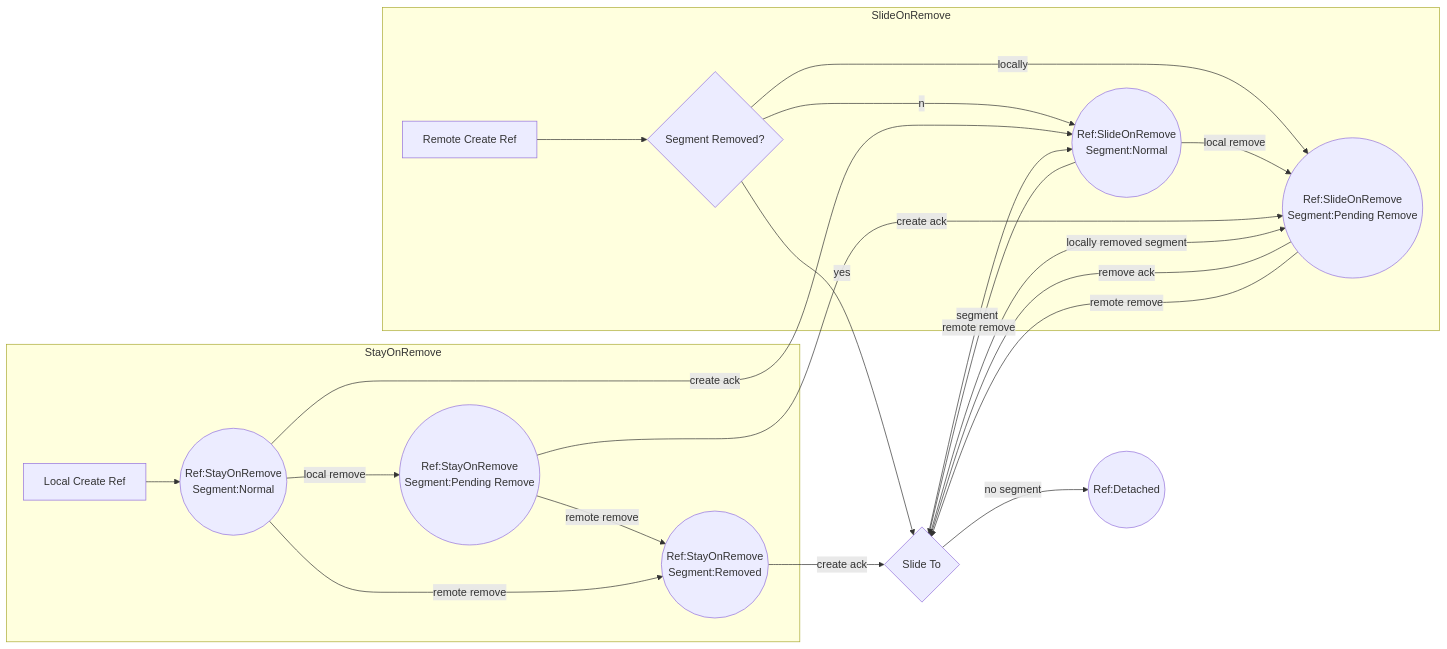
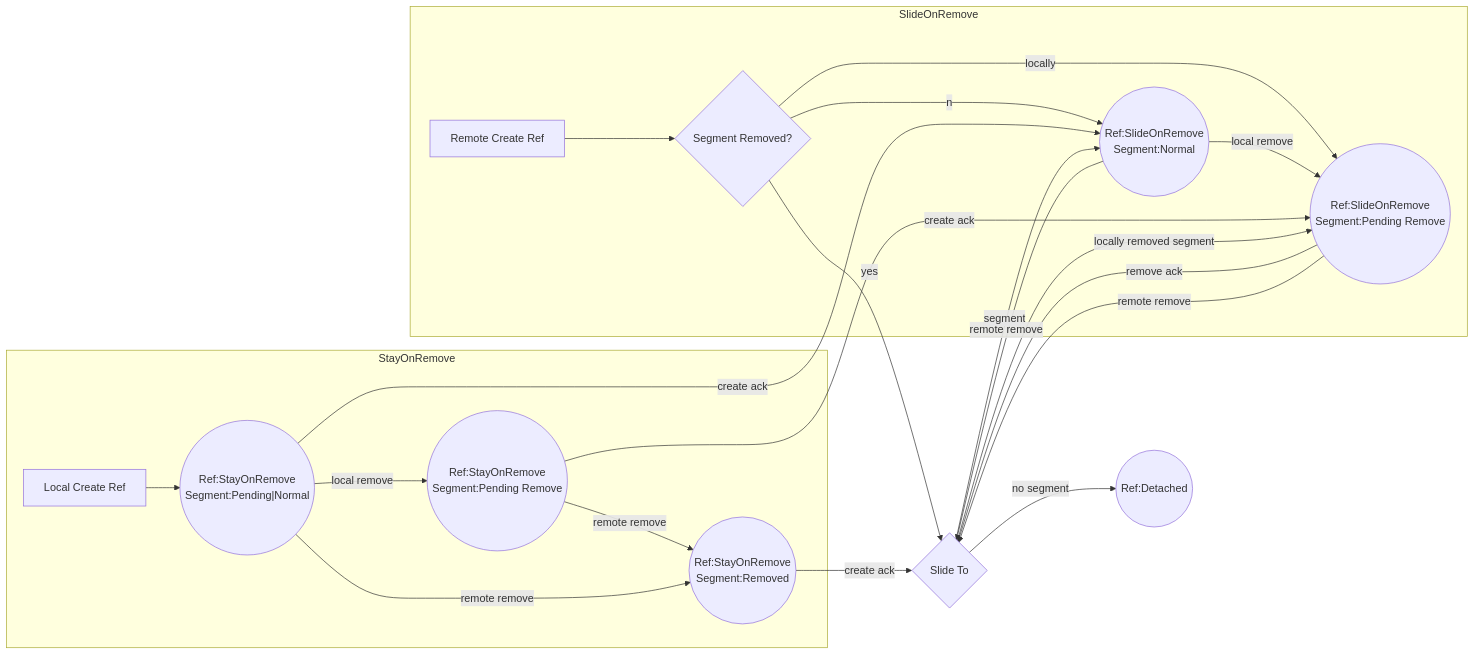
The diagram in packages/dds/merge-tree/REFERENCEPOSITIONS.md (microsoft/FluidFramework), drawn with Mermaid before and after one commit. The commit also changed other lines of this file, not shown here.

````diff
--- a/packages/dds/merge-tree/REFERENCEPOSITIONS.md
+++ b/packages/dds/merge-tree/REFERENCEPOSITIONS.md
@@ -88,39 +91,39 @@
 ```mermaid
 flowchart LR
     subgraph StayOnRemove
     localCreate[Local Create Ref]
-    pendingRef((Ref:StayOnRemove\nSegment:Normal))
+    pendingRef(("Ref:StayOnRemove\nSegment:Pending|Normal"))
     pendingRefPendingRemove((Ref:StayOnRemove\nSegment:Pending Remove))
     pendingRefRemoved((Ref:StayOnRemove\nSegment:Removed))
     localCreate-->pendingRef
     pendingRef--local remove-->pendingRefPendingRemove
     pendingRefPendingRemove--remote remove-->pendingRefRemoved
     pendingRef--remote remove-->pendingRefRemoved
     end
 
     subgraph SlideOnRemove
     remoteCreate[Remote Create Ref]
     remoteChoice{Segment Removed?}
     ref((Ref:SlideOnRemove\nSegment:Normal))
     refPendingRemove((Ref:SlideOnRemove\nSegment:Pending Remove))
 
     remoteCreate-->remoteChoice
     remoteChoice--no-->ref
     remoteChoice--locally-->refPendingRemove
     ref--local remove-->refPendingRemove
     end
 
     slide{Slide To}
     detached((Ref:Detached))
 
     pendingRef--create ack-->ref
     pendingRefPendingRemove--create ack-->refPendingRemove
     pendingRefRemoved--create ack-->slide
     remoteChoice--yes-->slide
     ref--remote remove-->slide
     refPendingRemove--remove ack-->slide
     refPendingRemove--remote remove-->slide
     slide--segment-->ref
     slide--locally removed segment-->refPendingRemove
     slide--no segment-->detached
 ```
````
